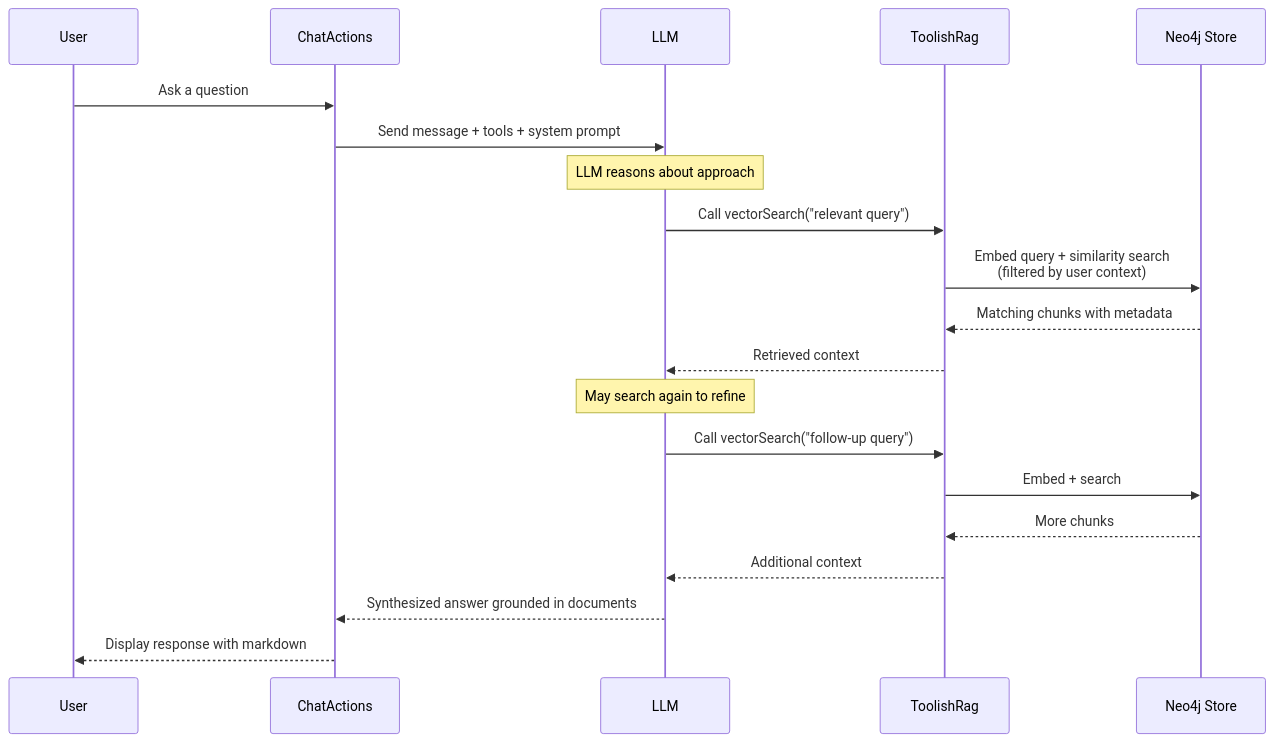
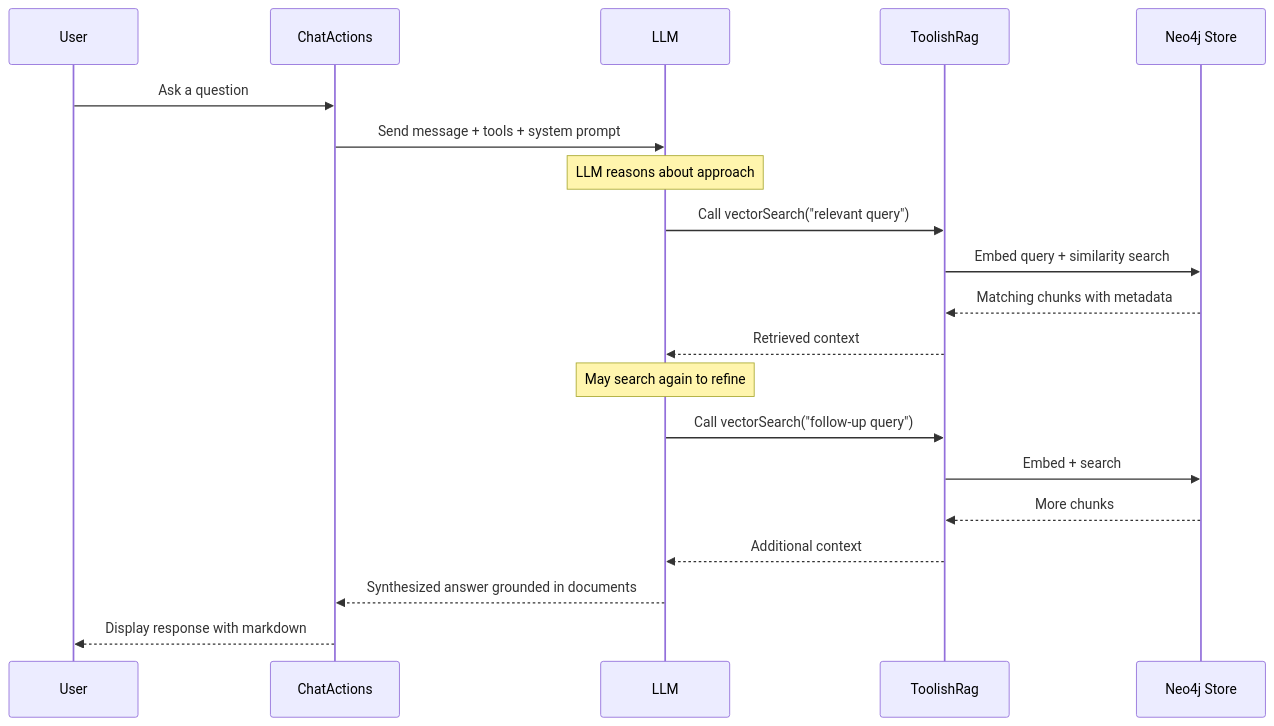
One commit to embabel/urbot changed the second of 3 diagrams in README.md. Above: the diagram before and after it, drawn with Mermaid. The commit also changed other lines of this file, not shown here.

````diff
--- a/README.md
+++ b/README.md
@@ -67,28 +67,28 @@
 ```mermaid
 sequenceDiagram
     participant U as User
     participant C as ChatActions
     participant L as LLM
     participant T as ToolishRag
     participant S as Neo4j Store
 
     U->>C: Ask a question
     C->>L: Send message + tools + system prompt
 
     Note over L: LLM reasons about approach
 
     L->>T: Call vectorSearch("relevant query")
-    T->>S: Embed query + similarity search<br/>(filtered by user context)
+    T->>S: Embed query + similarity search
     S-->>T: Matching chunks with metadata
     T-->>L: Retrieved context
 
     Note over L: May search again to refine
 
     L->>T: Call vectorSearch("follow-up query")
     T->>S: Embed + search
     S-->>T: More chunks
     T-->>L: Additional context
 
     L-->>C: Synthesized answer grounded in documents
     C-->>U: Display response with markdown
 ```
````
